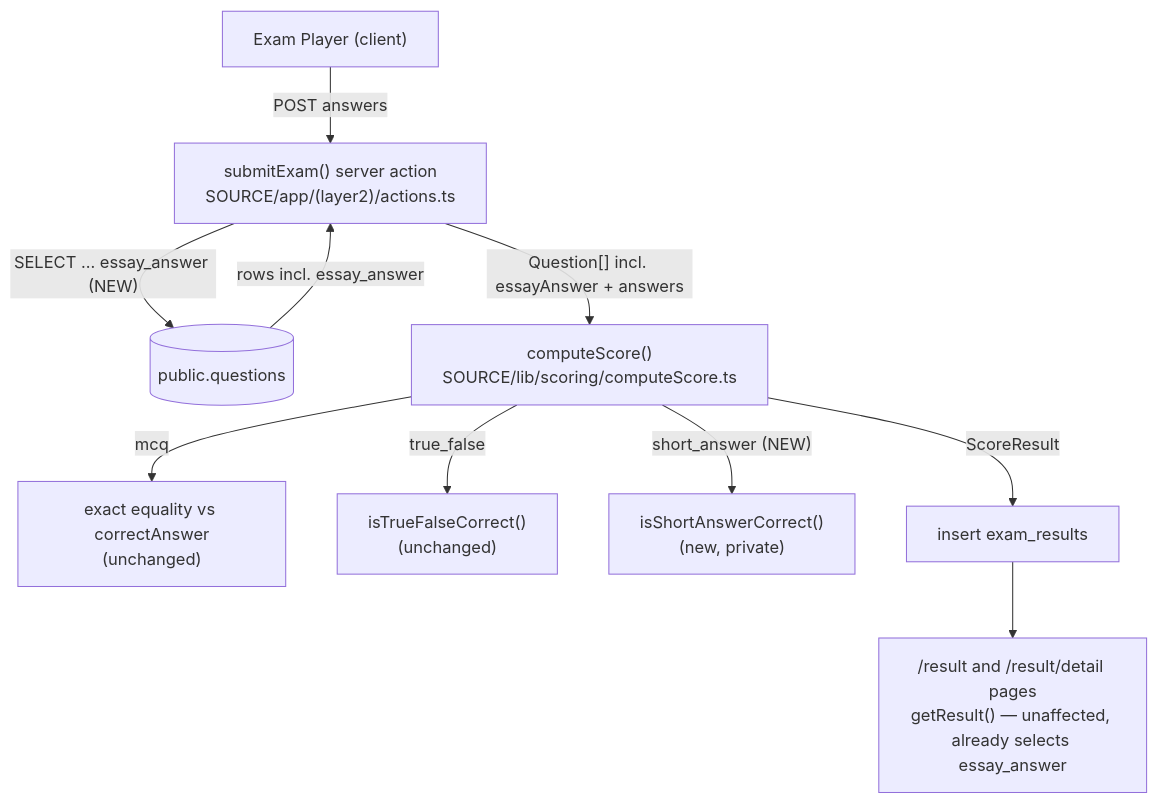
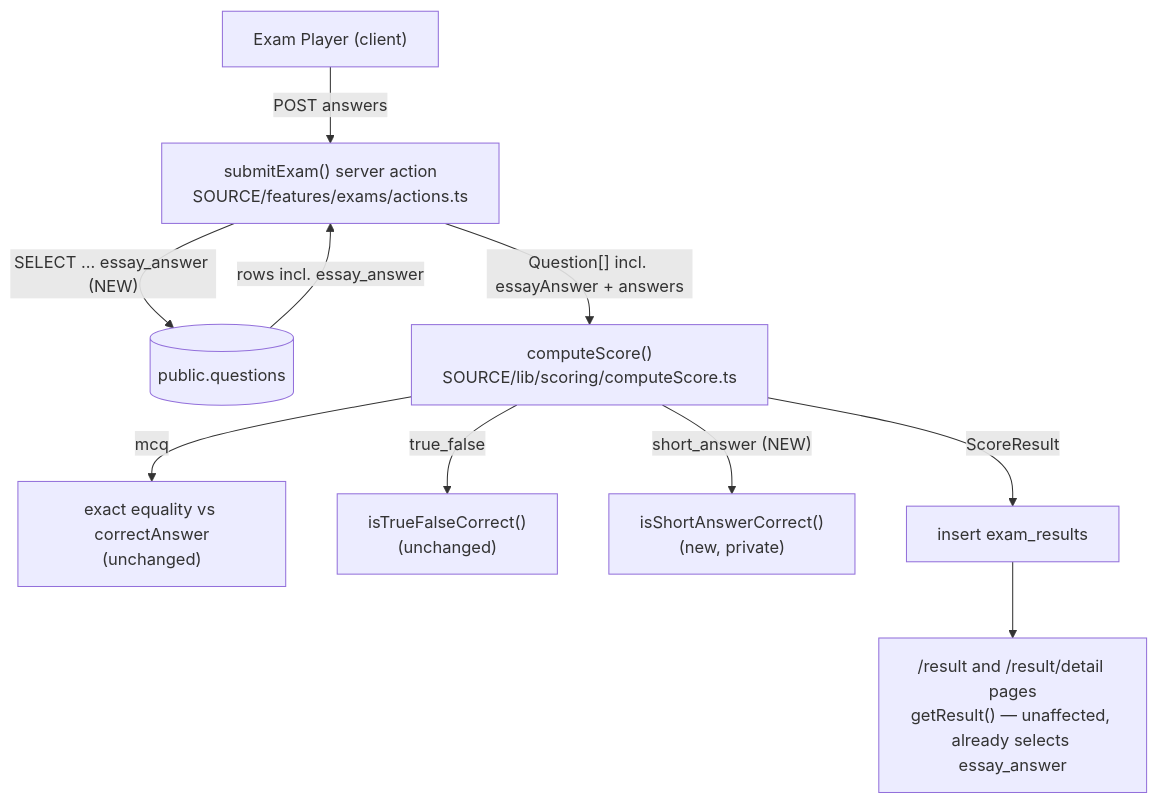
Before and after one commit to undetecteddeveloper/MS-MOLAR: the first of 2 diagrams in docs/design/short-answer-scoring-backend-design.md, drawn with Mermaid. The commit also changed other lines of this file and 142 other files, not shown here.

````diff
--- a/docs/design/short-answer-scoring-backend-design.md
+++ b/docs/design/short-answer-scoring-backend-design.md
@@ -288,12 +288,12 @@
 ```mermaid
 flowchart TD
-    Player["Exam Player (client)"] -->|"POST answers"| SubmitExam["submitExam() server action\nSOURCE/app/(layer2)/actions.ts"]
+    Player["Exam Player (client)"] -->|"POST answers"| SubmitExam["submitExam() server action\nSOURCE/features/exams/actions.ts"]
     SubmitExam -->|"SELECT ... essay_answer (NEW)"| DB[("public.questions")]
     DB -->|"rows incl. essay_answer"| SubmitExam
     SubmitExam -->|"Question[] incl. essayAnswer + answers"| ComputeScore["computeScore()\nSOURCE/lib/scoring/computeScore.ts"]
     ComputeScore -->|"mcq"| MCQ["exact equality vs correctAnswer\n(unchanged)"]
     ComputeScore -->|"true_false"| TF["isTrueFalseCorrect()\n(unchanged)"]
     ComputeScore -->|"short_answer (NEW)"| SA["isShortAnswerCorrect()\n(new, private)"]
     ComputeScore -->|"ScoreResult"| Persist["insert exam_results"]
     Persist --> ResultPages["/result and /result/detail pages\ngetResult() — unaffected, already selects essay_answer"]
 ```
````
